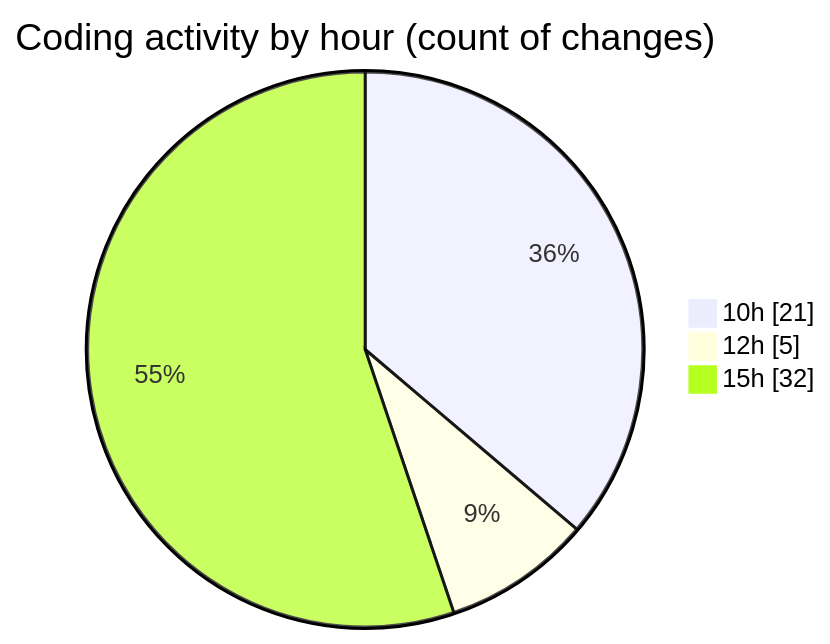
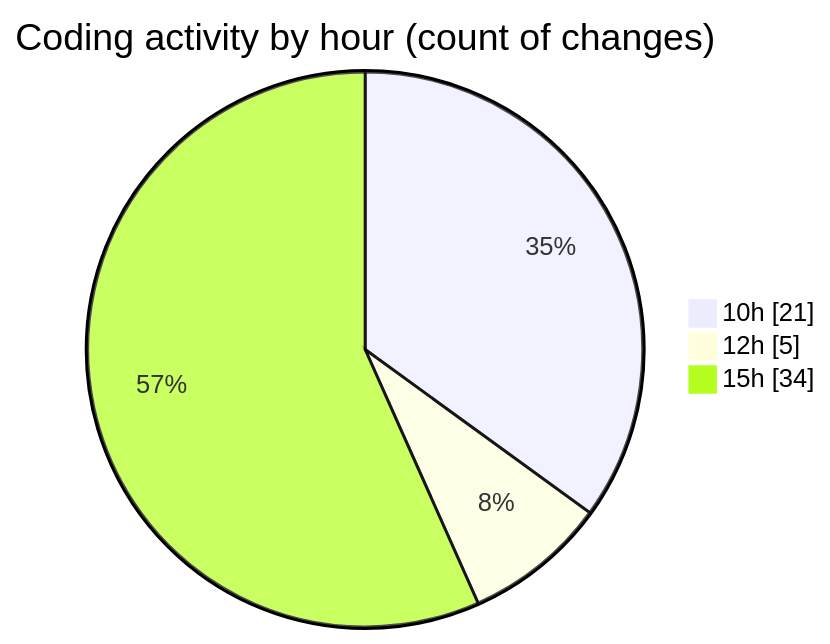
Before and after one commit to momahboobian/code-tracking: the second of 2 diagrams in 2025-08-27/cda/README.md, drawn with Mermaid. The commit also changed other lines of this file and 1 other file, not shown here.

````diff
--- a/2025-08-27/cda/README.md
+++ b/2025-08-27/cda/README.md
@@ -37,7 +38,7 @@
 ```mermaid
 pie showData
 title Coding activity by hour (count of changes)
 "10h" : 21
 "12h" : 5
-"15h" : 32
+"15h" : 34
 ```
````
